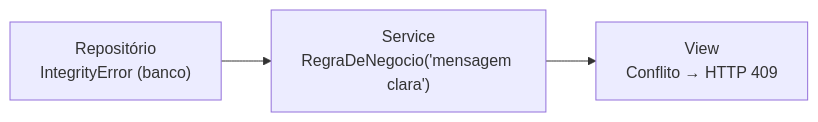
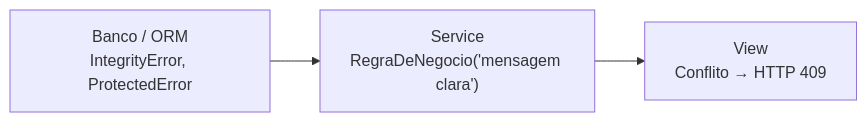
Before and after one commit to Luizzzz28/PI---EasyCar_Luiz-Barbiana-Yandra: the second of 2 diagrams in docs/padroes-de-codigo.md, drawn with Mermaid. The commit also changed other lines of this file and 26 other files, not shown here.

First line of the commit message:
Usa o ORM do Django na camada de banco

````diff
--- a/docs/padroes-de-codigo.md
+++ b/docs/padroes-de-codigo.md
@@ -117,5 +155,5 @@
 ```mermaid
 flowchart LR
-    R["Repositório<br/>IntegrityError (banco)"] --> S["Service<br/>RegraDeNegocio('mensagem clara')"]
+    B["Banco / ORM<br/>IntegrityError, ProtectedError"] --> S["Service<br/>RegraDeNegocio('mensagem clara')"]
     S --> V["View<br/>Conflito → HTTP 409"]
 ```
````
